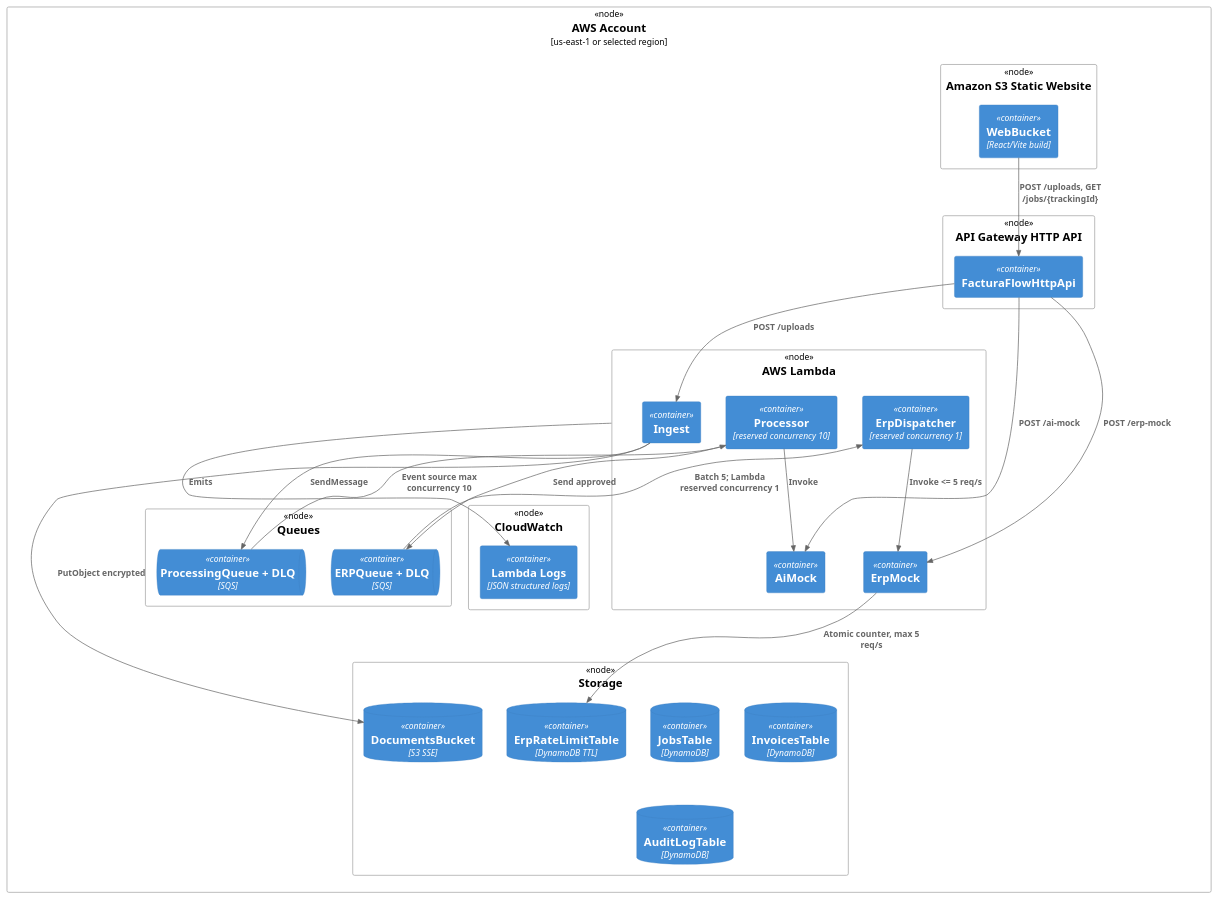
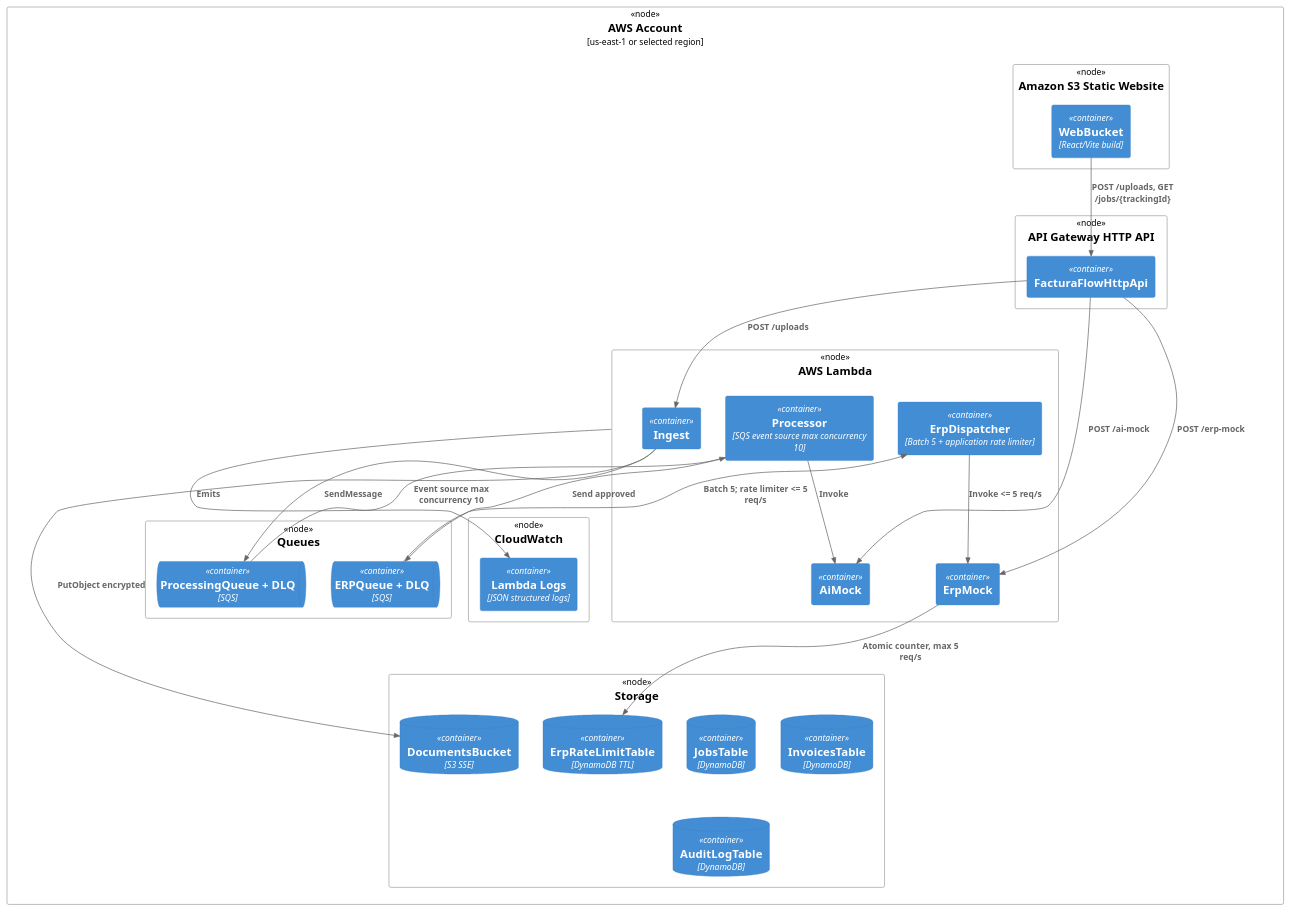
One commit to JimeneZz007/FacturaFlow changed the diagram in docs/diagrams/deployment-aws.puml. Above: the diagram before and after it, drawn with PlantUML. The commit also changed 15 other files, not shown here.

```diff
--- a/docs/diagrams/deployment-aws.puml
+++ b/docs/diagrams/deployment-aws.puml
@@ -1,47 +1,47 @@
 @startuml
 !include https://raw.githubusercontent.com/plantuml-stdlib/C4-PlantUML/master/C4_Deployment.puml
 
 Deployment_Node(aws, "AWS Account", "us-east-1 or selected region") {
   Deployment_Node(apiNode, "API Gateway HTTP API") {
     Container(api, "FacturaFlowHttpApi")
   }
   Deployment_Node(webNode, "Amazon S3 Static Website") {
     Container(web, "WebBucket", "React/Vite build")
   }
   Deployment_Node(lambdaNode, "AWS Lambda") {
     Container(ingest, "Ingest")
-    Container(processor, "Processor", "reserved concurrency 10")
+    Container(processor, "Processor", "SQS event source max concurrency 10")
     Container(ai, "AiMock")
-    Container(dispatcher, "ErpDispatcher", "reserved concurrency 1")
+    Container(dispatcher, "ErpDispatcher", "Batch 5 + application rate limiter")
     Container(erp, "ErpMock")
   }
   Deployment_Node(storageNode, "Storage") {
     ContainerDb(s3, "DocumentsBucket", "S3 SSE")
     ContainerDb(jobs, "JobsTable", "DynamoDB")
     ContainerDb(invoices, "InvoicesTable", "DynamoDB")
     ContainerDb(audit, "AuditLogTable", "DynamoDB")
     ContainerDb(erpLimit, "ErpRateLimitTable", "DynamoDB TTL")
   }
   Deployment_Node(queueNode, "Queues") {
     ContainerQueue(pq, "ProcessingQueue + DLQ", "SQS")
     ContainerQueue(eq, "ERPQueue + DLQ", "SQS")
   }
   Deployment_Node(obs, "CloudWatch") {
     Container(logs, "Lambda Logs", "JSON structured logs")
   }
 }
 
 Rel(api, ingest, "POST /uploads")
 Rel(web, api, "POST /uploads, GET /jobs/{trackingId}")
 Rel(api, ai, "POST /ai-mock")
 Rel(api, erp, "POST /erp-mock")
 Rel(ingest, s3, "PutObject encrypted")
 Rel(ingest, pq, "SendMessage")
 Rel(pq, processor, "Event source max concurrency 10")
 Rel(processor, ai, "Invoke")
 Rel(processor, eq, "Send approved")
-Rel(eq, dispatcher, "Batch 5; Lambda reserved concurrency 1")
+Rel(eq, dispatcher, "Batch 5; rate limiter <= 5 req/s")
 Rel(dispatcher, erp, "Invoke <= 5 req/s")
 Rel(erp, erpLimit, "Atomic counter, max 5 req/s")
 Rel(lambdaNode, logs, "Emits")
 @enduml
```
